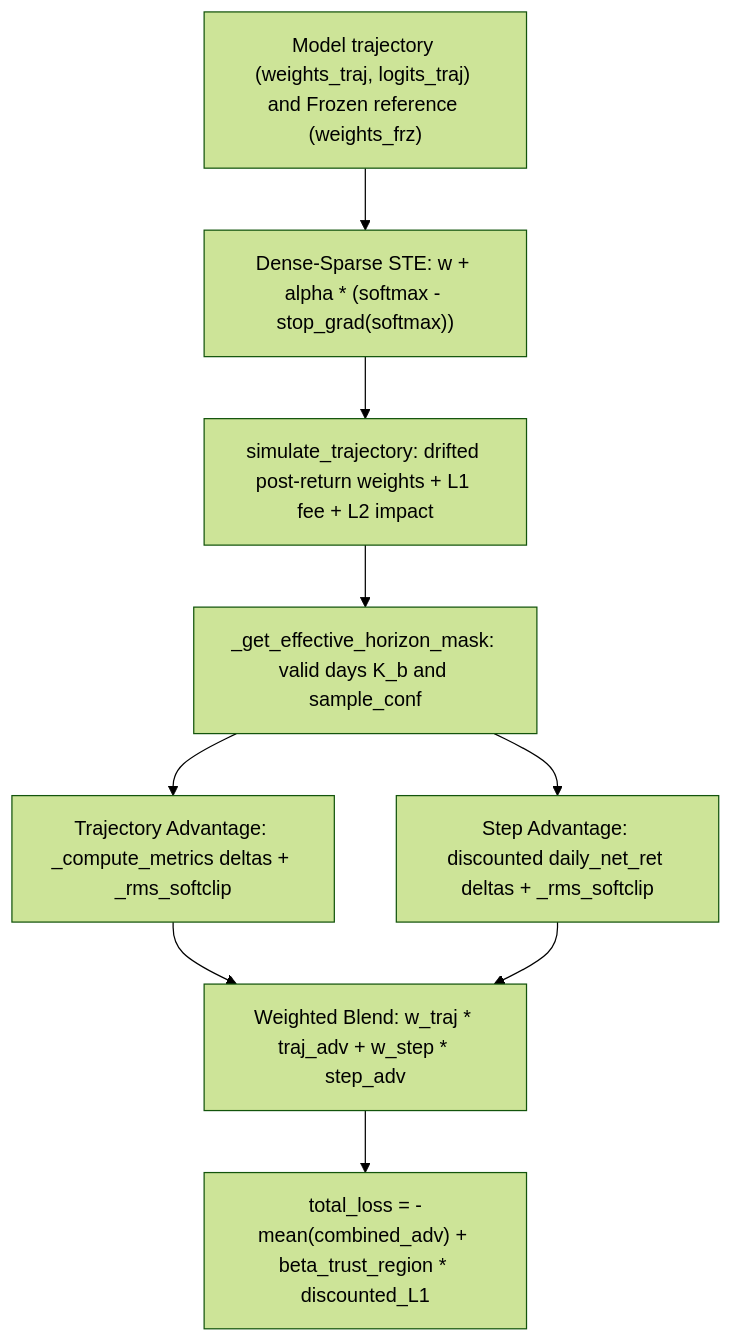
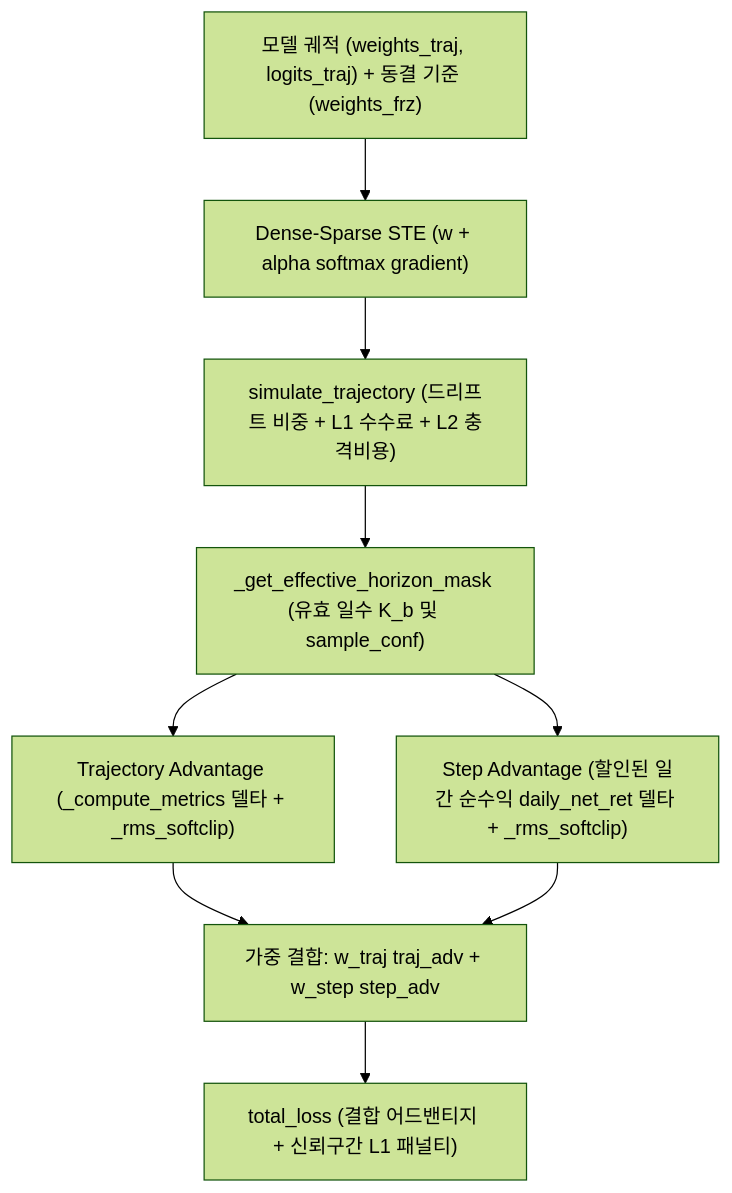
One commit to zerostreet/zerosteer changed the diagram in openwiki/workflows/pretrain-and-trajectory-rl.md. Above: the diagram before and after it, drawn with Mermaid (forest theme). The commit also changed other lines of this file and 16 other files, not shown here.

````diff
--- a/openwiki/workflows/pretrain-and-trajectory-rl.md
+++ b/openwiki/workflows/pretrain-and-trajectory-rl.md
@@ -66,11 +56,11 @@
 ```mermaid
 flowchart TD
-    IN["Model trajectory (weights_traj, logits_traj) and Frozen reference (weights_frz)"] --> STE["Dense-Sparse STE: w + alpha * (softmax - stop_grad(softmax))"]
-    STE --> SIM["simulate_trajectory: drifted post-return weights + L1 fee + L2 impact"]
-    SIM --> HMASK["_get_effective_horizon_mask: valid days K_b and sample_conf"]
-    HMASK --> TRAJ["Trajectory Advantage: _compute_metrics deltas + _rms_softclip"]
-    HMASK --> STEP["Step Advantage: discounted daily_net_ret deltas + _rms_softclip"]
-    TRAJ --> BLEND["Weighted Blend: w_traj * traj_adv + w_step * step_adv"]
+    IN["모델 궤적 (weights_traj, logits_traj) + 동결 기준 (weights_frz)"] --> STE["Dense-Sparse STE (w + alpha softmax gradient)"]
+    STE --> SIM["simulate_trajectory (드리프트 비중 + L1 수수료 + L2 충격비용)"]
+    SIM --> HMASK["_get_effective_horizon_mask (유효 일수 K_b 및 sample_conf)"]
+    HMASK --> TRAJ["Trajectory Advantage (_compute_metrics 델타 + _rms_softclip)"]
+    HMASK --> STEP["Step Advantage (할인된 일간 순수익 daily_net_ret 델타 + _rms_softclip)"]
+    TRAJ --> BLEND["가중 결합: w_traj traj_adv + w_step step_adv"]
     STEP --> BLEND
-    BLEND --> LOSS["total_loss = -mean(combined_adv) + beta_trust_region * discounted_L1"]
+    BLEND --> LOSS["total_loss (결합 어드밴티지 + 신뢰구간 L1 패널티)"]
 ```
````
